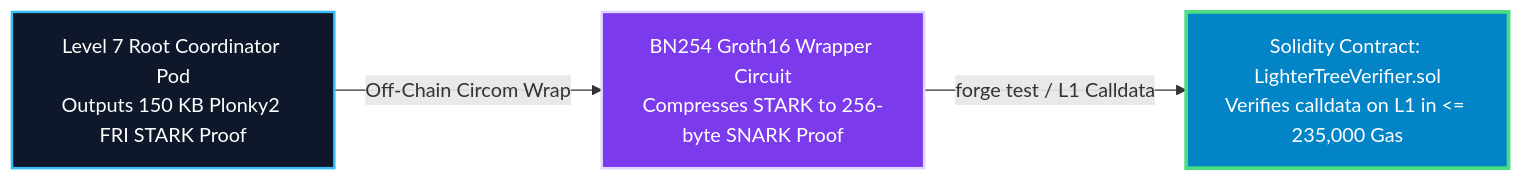
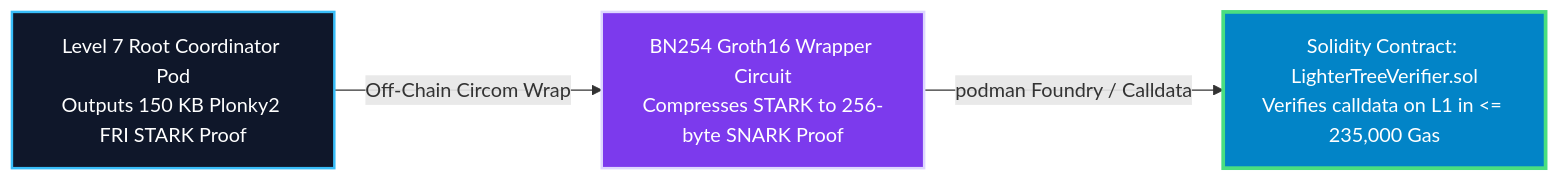
Before and after one commit to kunallimaye/lighter-prover: the diagram in reports/onchain_solidity_verifier_frontier_validation_study.md, drawn with Mermaid. The commit also changed other lines of this file, not shown here.

First line of the commit message:
docs: update smart contract verifier feasibility study with containerized podman Foundry execution and minimal Makefile practices (#312)

````diff
--- a/reports/onchain_solidity_verifier_frontier_validation_study.md
+++ b/reports/onchain_solidity_verifier_frontier_validation_study.md
@@ -17,12 +17,12 @@
 ```mermaid
 graph LR
     classDef stark fill:#0f172a,stroke:#38bdf8,stroke-width:2px,color:#fff;
     classDef snark fill:#7c3aed,stroke:#ddd6fe,stroke-width:2px,color:#fff;
     classDef evm fill:#0284c7,stroke:#4ade80,stroke-width:3px,color:#fff;
 
     STARK["Level 7 Root Coordinator Pod<br>Outputs 150 KB Plonky2 FRI STARK Proof"]:::stark
     SNARK["BN254 Groth16 Wrapper Circuit<br>Compresses STARK to 256-byte SNARK Proof"]:::snark
     EVM["Solidity Contract: LighterTreeVerifier.sol<br>Verifies calldata on L1 in <= 235,000 Gas"]:::evm
 
-    STARK -->|"Off-Chain Circom Wrap"| SNARK -->|"forge test / L1 Calldata"| EVM
+    STARK -->|"Off-Chain Circom Wrap"| SNARK -->|"podman Foundry / Calldata"| EVM
 ```
````
